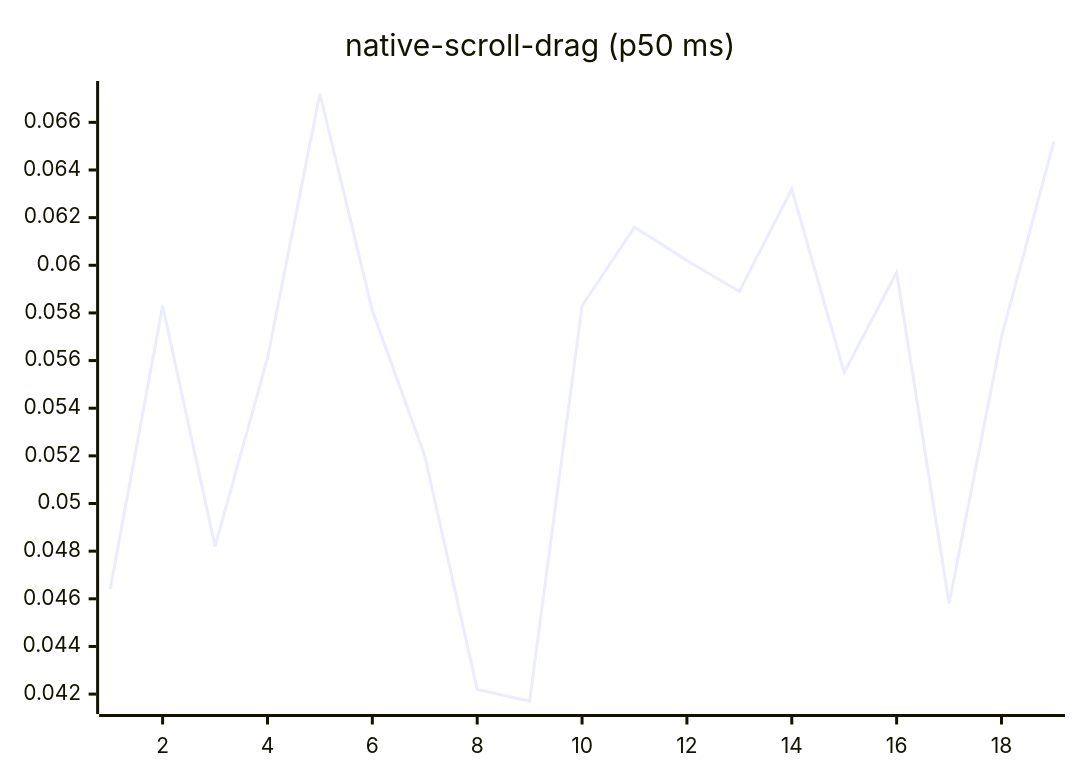
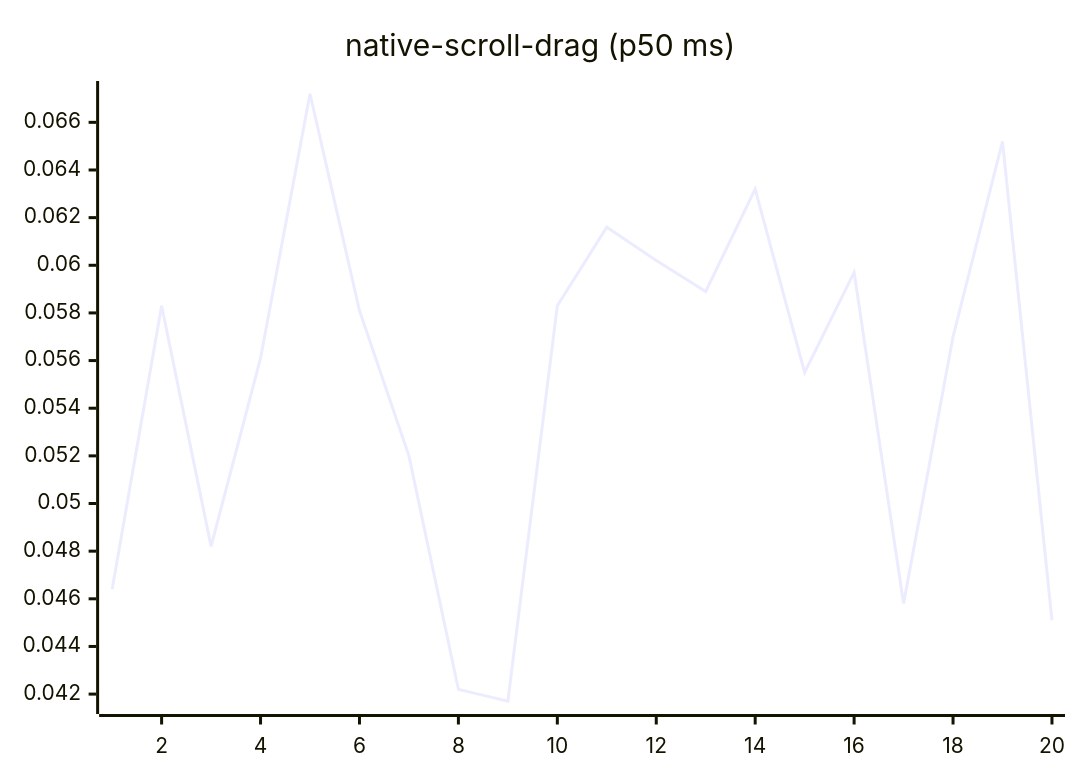
One commit to josha/Facet changed diagram 14 of 27 in README.md. Above: the diagram before and after it, drawn with Mermaid. The commit also changed other lines of this file and 2 other files, not shown here.

````diff
--- a/README.md
+++ b/README.md
@@ -154,6 +154,6 @@
 ```mermaid
 xychart-beta
     title "native-scroll-drag (p50 ms)"
-    x-axis 1 --> 19
-    line [0.0464, 0.0583, 0.0482, 0.0561, 0.0672, 0.0581, 0.0520, 0.0422, 0.0417, 0.0583, 0.0616, 0.0602, 0.0589, 0.0632, 0.0555, 0.0597, 0.0458, 0.0570, 0.0652]
+    x-axis 1 --> 20
+    line [0.0464, 0.0583, 0.0482, 0.0561, 0.0672, 0.0581, 0.0520, 0.0422, 0.0417, 0.0583, 0.0616, 0.0602, 0.0589, 0.0632, 0.0555, 0.0597, 0.0458, 0.0570, 0.0652, 0.0451]
 ```
````
